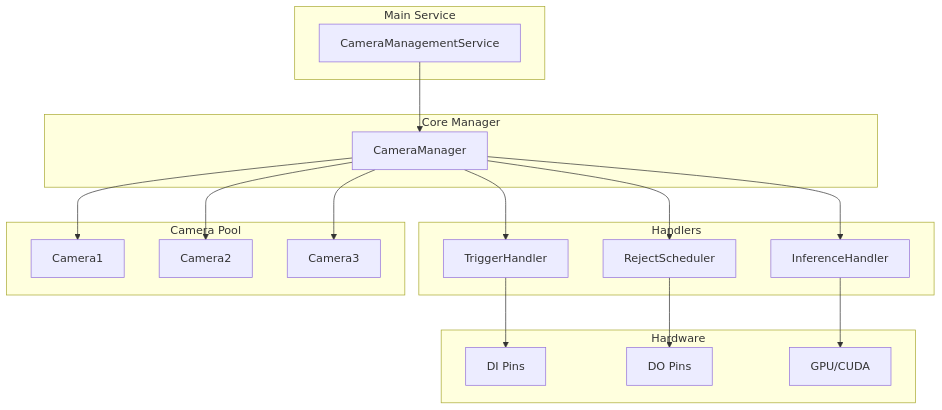
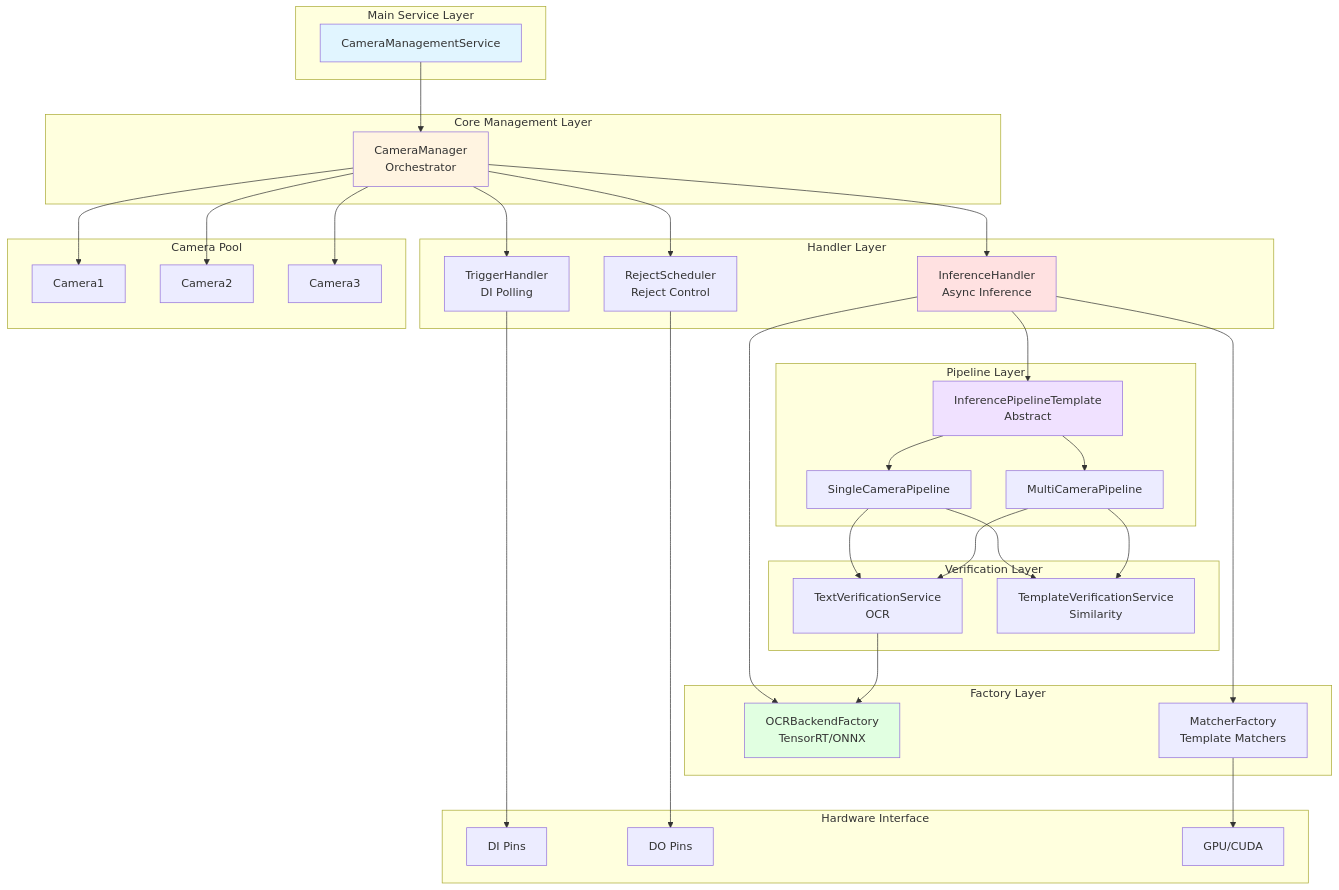
One commit to ngocthien2306/ocr_datecode changed the first of 14 diagrams in ai_services/docs/CLASS_DIAGRAM.md. Above: the diagram before and after it, drawn with Mermaid. The commit also changed other lines of this file and 1 other file, not shown here.

Commit message:
update trigger and document for class diagram

````diff
--- a/ai_services/docs/CLASS_DIAGRAM.md
+++ b/ai_services/docs/CLASS_DIAGRAM.md
@@ -5,39 +5,72 @@
 ```mermaid
 graph TB
-    subgraph "Main Service"
+    subgraph "Main Service Layer"
         CMS[CameraManagementService]
     end
 
-    subgraph "Core Manager"
-        CM[CameraManager]
+    subgraph "Core Management Layer"
+        CM[CameraManager<br/>Orchestrator]
     end
 
-    subgraph "Handlers"
-        TH[TriggerHandler]
-        IH[InferenceHandler]
-        RS[RejectScheduler]
+    subgraph "Handler Layer"
+        TH[TriggerHandler<br/>DI Polling]
+        IH[InferenceHandler<br/>Async Inference]
+        RS[RejectScheduler<br/>Reject Control]
+    end
+
+    subgraph "Factory Layer"
+        OCRF[OCRBackendFactory<br/>TensorRT/ONNX]
+        MF[MatcherFactory<br/>Template Matchers]
+    end
+
+    subgraph "Pipeline Layer"
+        PT[InferencePipelineTemplate<br/>Abstract]
+        SCP[SingleCameraPipeline]
+        MCP[MultiCameraPipeline]
+    end
+
+    subgraph "Verification Layer"
+        TVS[TextVerificationService<br/>OCR]
+        TMS[TemplateVerificationService<br/>Similarity]
     end
 
     subgraph "Camera Pool"
         C1[Camera1]
         C2[Camera2]
         C3[Camera3]
     end
 
-    subgraph "Hardware"
+    subgraph "Hardware Interface"
         DI[DI Pins]
         DO[DO Pins]
         GPU[GPU/CUDA]
     end
 
     CMS --> CM
     CM --> TH
     CM --> IH
     CM --> RS
-    CM --> C1
-    CM --> C2
-    CM --> C3
+    CM --> C1 & C2 & C3
+
+    IH --> OCRF
+    IH --> MF
+    IH --> PT
+    PT --> SCP & MCP
+
+    SCP --> TVS
+    SCP --> TMS
+    MCP --> TVS
+    MCP --> TMS
+
+    TVS --> OCRF
+    MF --> GPU
+
     TH --> DI
     RS --> DO
-    IH --> GPU
+
+    style CMS fill:#e1f5ff
+    style CM fill:#fff4e1
+    style IH fill:#ffe1e1
+    style OCRF fill:#e1ffe1
+    style PT fill:#f0e1ff
 ```
````
